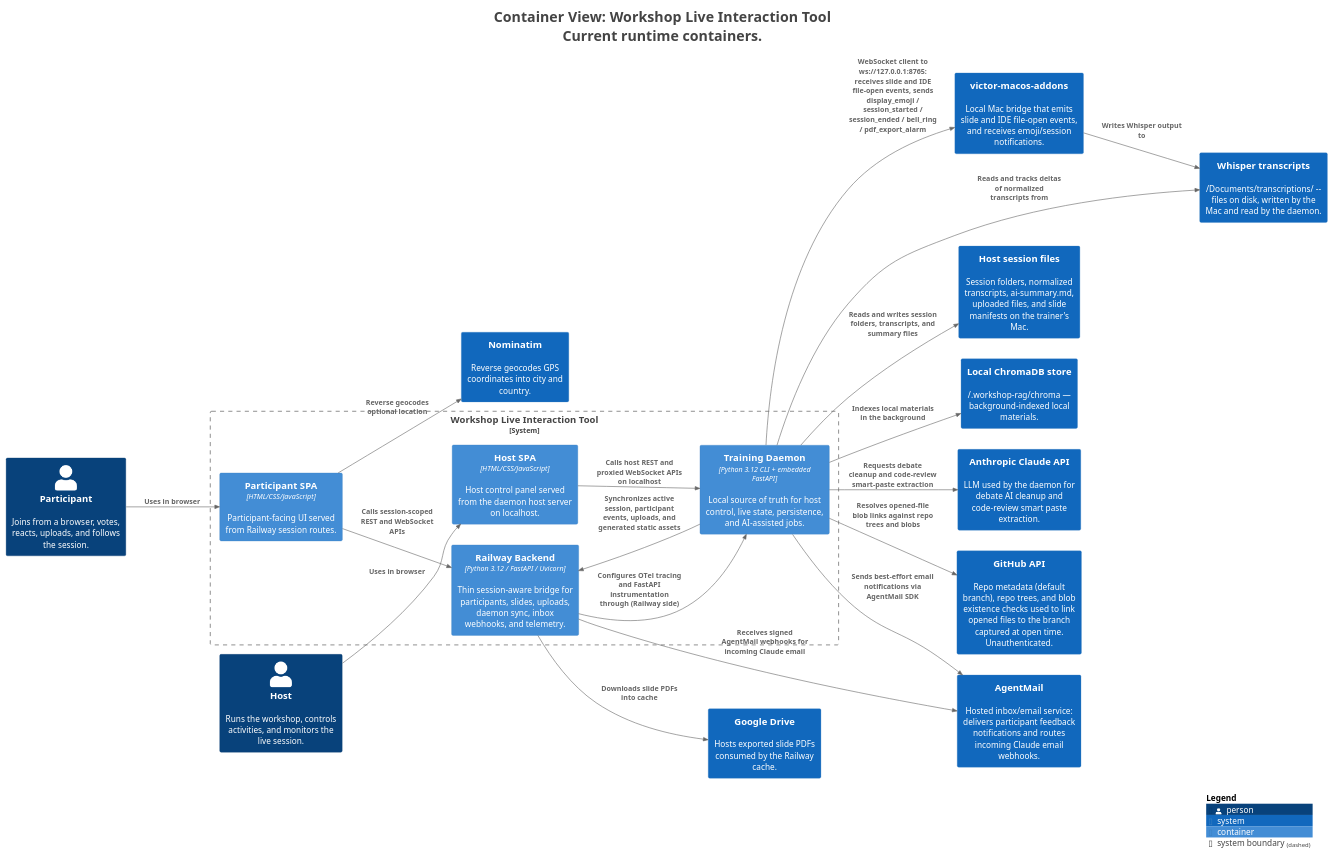
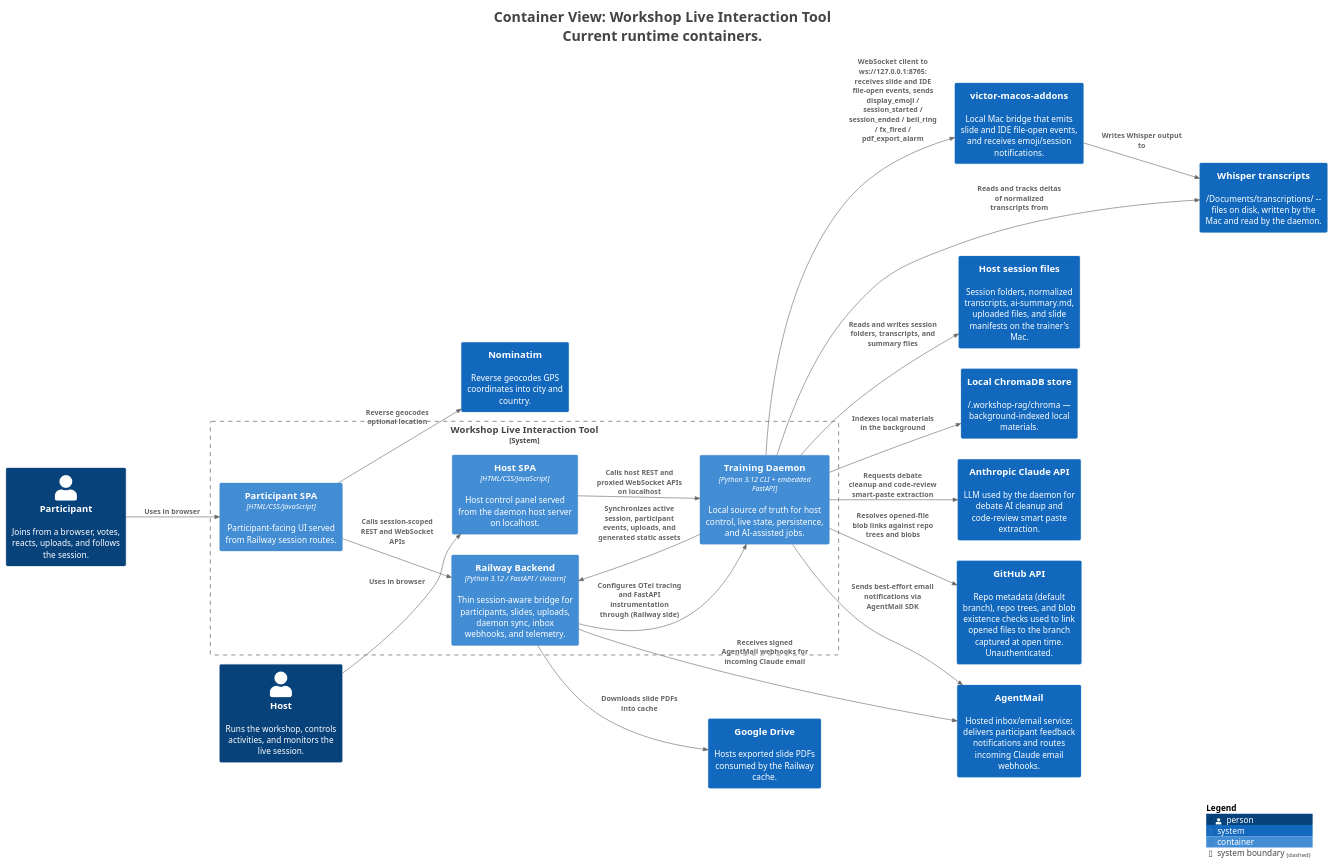
One commit to victorrentea/training-assistant changed the diagram in docs/c4views/C2-Containers.puml. Above: the diagram before and after it, drawn with PlantUML. The commit also changed 18 other files, not shown here.

```diff
--- a/docs/c4views/C2-Containers.puml
+++ b/docs/c4views/C2-Containers.puml
@@ -1,57 +1,57 @@
 @startuml
 title <size:24>Container View: Workshop Live Interaction Tool</size>\n<size:24>Current runtime containers.</size>
 
 set separator none
 left to right direction
 
 <style>
   root {
     BackgroundColor: #ffffff
     FontColor: #444444
   }
 </style>
 
 !include <C4/C4>
 !include <C4/C4_Context>
 !include <C4/C4_Container>
 
 Person(Host, "Host", $descr="Runs the workshop, controls activities, and monitors the live session.", $tags="", $link="")
 Person(Participant, "Participant", $descr="Joins from a browser, votes, reacts, uploads, and follows the session.", $tags="", $link="")
 System(AnthropicClaudeAPI, "Anthropic Claude API", $descr="LLM used by the daemon for debate AI cleanup and code-review smart paste extraction.", $tags="", $link="")
 System(GitHubAPI, "GitHub API", $descr="Repo metadata (default branch), repo trees, and blob existence checks used to link opened files to the branch captured at open time. Unauthenticated.", $tags="", $link="")
 System(victormacosaddons, "victor-macos-addons", $descr="Local Mac bridge that emits slide and IDE file-open events, and receives emoji/session notifications.", $tags="", $link="")
 System(Nominatim, "Nominatim", $descr="Reverse geocodes GPS coordinates into city and country.", $tags="", $link="")
 System(GoogleDrive, "Google Drive", $descr="Hosts exported slide PDFs consumed by the Railway cache.", $tags="", $link="")
 System(AgentMail, "AgentMail", $descr="Hosted inbox/email service: delivers participant feedback notifications and routes incoming Claude email webhooks.", $tags="", $link="")
 System(Hostsessionfiles, "Host session files", $descr="Session folders, normalized transcripts, ai-summary.md, uploaded files, and slide manifests on the trainer's Mac.", $tags="", $link="")
 System(LocalChromaDBstore, "Local ChromaDB store", $descr="~/.workshop-rag/chroma — background-indexed local materials.", $tags="", $link="")
 System(Whispertranscripts, "Whisper transcripts", $descr="~/Documents/transcriptions/ -- files on disk, written by the Mac and read by the daemon.", $tags="", $link="")
 
 System_Boundary("WorkshopLiveInteractionTool_boundary", "Workshop Live Interaction Tool", $tags="") {
   Container(WorkshopLiveInteractionTool.ParticipantSPA, "Participant SPA", $techn="HTML/CSS/JavaScript", $descr="Participant-facing UI served from Railway session routes.", $tags="", $link="")
   Container(WorkshopLiveInteractionTool.HostSPA, "Host SPA", $techn="HTML/CSS/JavaScript", $descr="Host control panel served from the daemon host server on localhost.", $tags="", $link="")
   Container(WorkshopLiveInteractionTool.RailwayBackend, "Railway Backend", $techn="Python 3.12 / FastAPI / Uvicorn", $descr="Thin session-aware bridge for participants, slides, uploads, daemon sync, inbox webhooks, and telemetry.", $tags="", $link="")
   Container(WorkshopLiveInteractionTool.TrainingDaemon, "Training Daemon", $techn="Python 3.12 CLI + embedded FastAPI", $descr="Local source of truth for host control, live state, persistence, and AI-assisted jobs.", $tags="", $link="")
 }
 
 Rel(victormacosaddons, Whispertranscripts, "Writes Whisper output to", $techn="", $tags="", $link="")
 Rel(WorkshopLiveInteractionTool.TrainingDaemon, Whispertranscripts, "Reads and tracks deltas of normalized transcripts from", $techn="", $tags="", $link="")
 Rel(Participant, WorkshopLiveInteractionTool.ParticipantSPA, "Uses in browser", $techn="", $tags="", $link="")
 Rel(Host, WorkshopLiveInteractionTool.HostSPA, "Uses in browser", $techn="", $tags="", $link="")
 Rel(WorkshopLiveInteractionTool.ParticipantSPA, WorkshopLiveInteractionTool.RailwayBackend, "Calls session-scoped REST and WebSocket APIs", $techn="", $tags="", $link="")
 Rel(WorkshopLiveInteractionTool.ParticipantSPA, Nominatim, "Reverse geocodes optional location", $techn="", $tags="", $link="")
 Rel(WorkshopLiveInteractionTool.HostSPA, WorkshopLiveInteractionTool.TrainingDaemon, "Calls host REST and proxied WebSocket APIs on localhost", $techn="", $tags="", $link="")
 Rel(WorkshopLiveInteractionTool.TrainingDaemon, WorkshopLiveInteractionTool.RailwayBackend, "Synchronizes active session, participant events, uploads, and generated static assets", $techn="", $tags="", $link="")
 Rel(WorkshopLiveInteractionTool.TrainingDaemon, AnthropicClaudeAPI, "Requests debate cleanup and code-review smart-paste extraction", $techn="", $tags="", $link="")
 Rel(WorkshopLiveInteractionTool.TrainingDaemon, GitHubAPI, "Resolves opened-file blob links against repo trees and blobs", $techn="", $tags="", $link="")
-Rel(WorkshopLiveInteractionTool.TrainingDaemon, victormacosaddons, "WebSocket client to ws://127.0.0.1:8765: receives slide and IDE file-open events, sends display_emoji / session_started / session_ended / bell_ring / pdf_export_alarm", $techn="", $tags="", $link="")
+Rel(WorkshopLiveInteractionTool.TrainingDaemon, victormacosaddons, "WebSocket client to ws://127.0.0.1:8765: receives slide and IDE file-open events, sends display_emoji / session_started / session_ended / bell_ring / fx_fired / pdf_export_alarm", $techn="", $tags="", $link="")
 Rel(WorkshopLiveInteractionTool.TrainingDaemon, AgentMail, "Sends best-effort email notifications via AgentMail SDK", $techn="", $tags="", $link="")
 Rel(WorkshopLiveInteractionTool.TrainingDaemon, Hostsessionfiles, "Reads and writes session folders, transcripts, and summary files", $techn="", $tags="", $link="")
 Rel(WorkshopLiveInteractionTool.TrainingDaemon, LocalChromaDBstore, "Indexes local materials in the background", $techn="", $tags="", $link="")
 Rel(WorkshopLiveInteractionTool.RailwayBackend, GoogleDrive, "Downloads slide PDFs into cache", $techn="", $tags="", $link="")
 Rel(WorkshopLiveInteractionTool.RailwayBackend, AgentMail, "Receives signed AgentMail webhooks for incoming Claude email", $techn="", $tags="", $link="")
 Rel(WorkshopLiveInteractionTool.RailwayBackend, WorkshopLiveInteractionTool.TrainingDaemon, "Configures OTel tracing and FastAPI instrumentation through (Railway side)", $techn="", $tags="", $link="")
 
 SHOW_LEGEND(true)
 hide stereotypes
 @enduml
```
